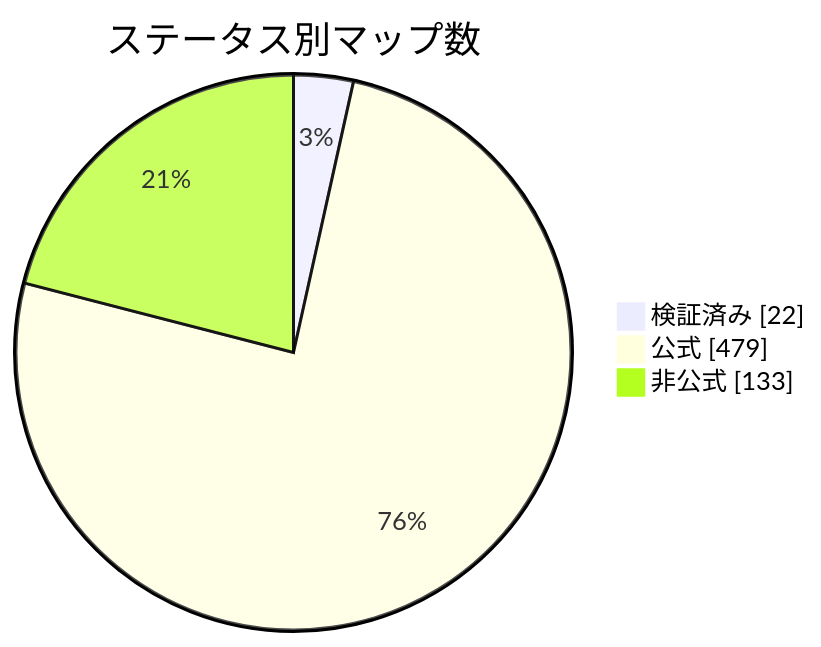
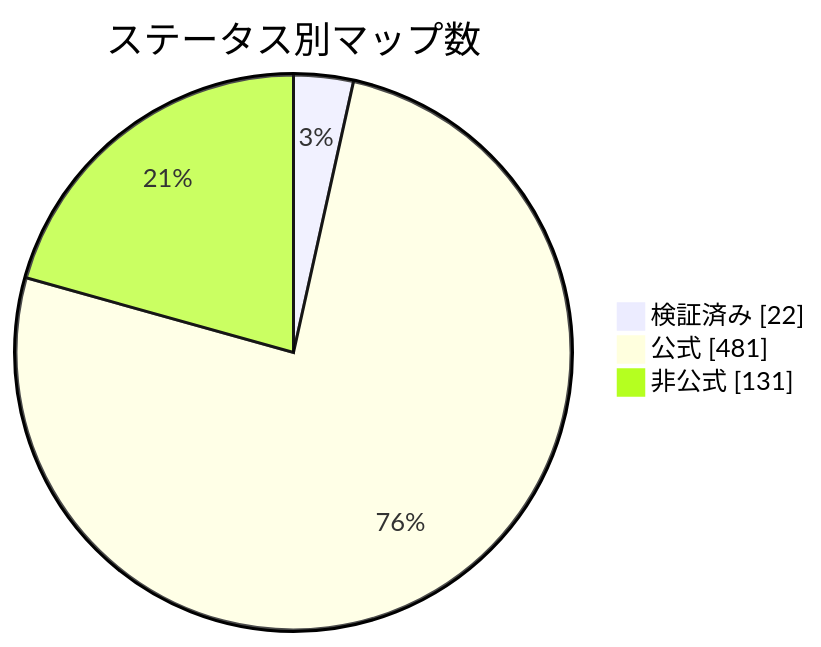
Before and after one commit to nobrega8/mbmap-library: the diagram in docs/readme/README_JP.md, drawn with Mermaid. The commit also changed 7 other files, not shown here.

````diff
--- a/docs/readme/README_JP.md
+++ b/docs/readme/README_JP.md
@@ -54,7 +54,7 @@
 ```mermaid
 pie showData
     title ステータス別マップ数
     "検証済み" : 22
-    "公式" : 479
-    "非公式" : 133
+    "公式" : 481
+    "非公式" : 131
 ```
````
